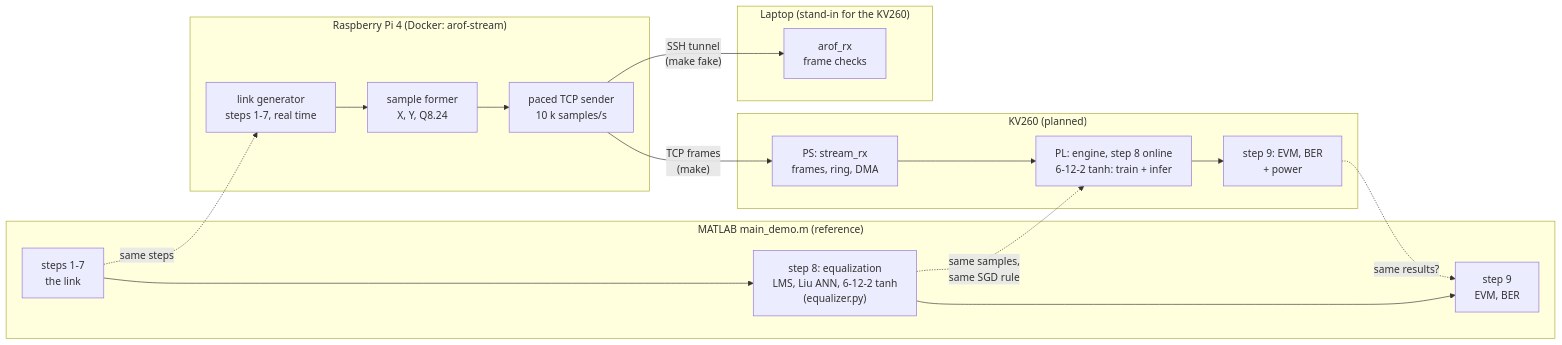
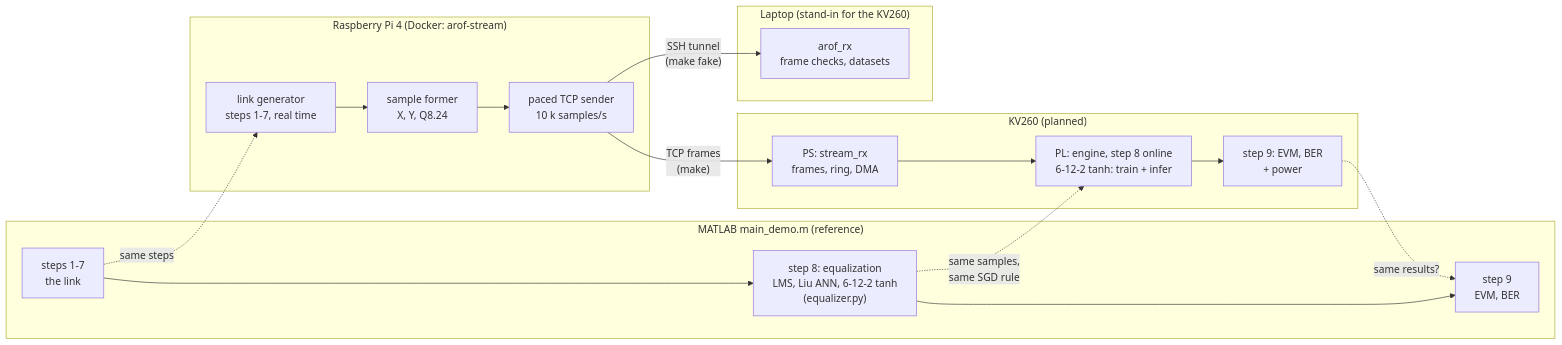
Before and after one commit to ahmedabdellatif7700/arof-rt-generator: the first of 5 diagrams in docs/DEMO.md, drawn with Mermaid. The commit also changed other lines of this file and 13 other files, not shown here.

````diff
--- a/docs/DEMO.md
+++ b/docs/DEMO.md
@@ -31,33 +40,33 @@
 ```mermaid
 flowchart LR
     subgraph REF["MATLAB main_demo.m (reference)"]
         L17["steps 1-7<br/>the link"]
         S8["step 8: equalization<br/>LMS, Liu ANN, 6-12-2 tanh<br/>(equalizer.py)"]
         S9["step 9<br/>EVM, BER"]
         L17 --> S8 --> S9
     end
 
     subgraph PI["Raspberry Pi 4 (Docker: arof-stream)"]
         GEN["link generator<br/>steps 1-7, real time"]
         SF["sample former<br/>X, Y, Q8.24"]
         TX["paced TCP sender<br/>10 k samples/s"]
         GEN --> SF --> TX
     end
 
     subgraph KV["KV260 (planned)"]
         RX["PS: stream_rx<br/>frames, ring, DMA"]
         PL["PL: engine, step 8 online<br/>6-12-2 tanh: train + infer"]
         EV["step 9: EVM, BER<br/>+ power"]
         RX --> PL --> EV
     end
 
     subgraph LAP["Laptop (stand-in for the KV260)"]
-        ARX["arof_rx<br/>frame checks"]
+        ARX["arof_rx<br/>frame checks, datasets"]
     end
 
     L17 -. "same steps" .-> GEN
     S8 -. "same samples,<br/>same SGD rule" .-> PL
     TX -- "TCP frames<br/>(make)" --> RX
     TX -- "SSH tunnel<br/>(make fake)" --> ARX
     EV -. "same results?" .-> S9
 ```
````
